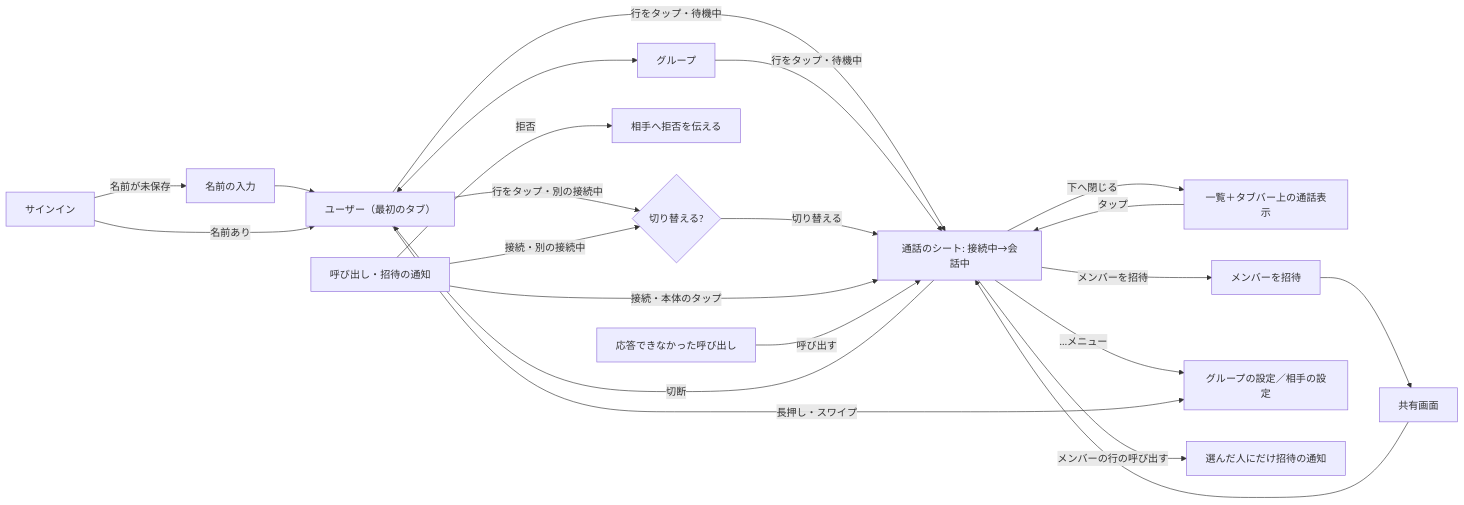
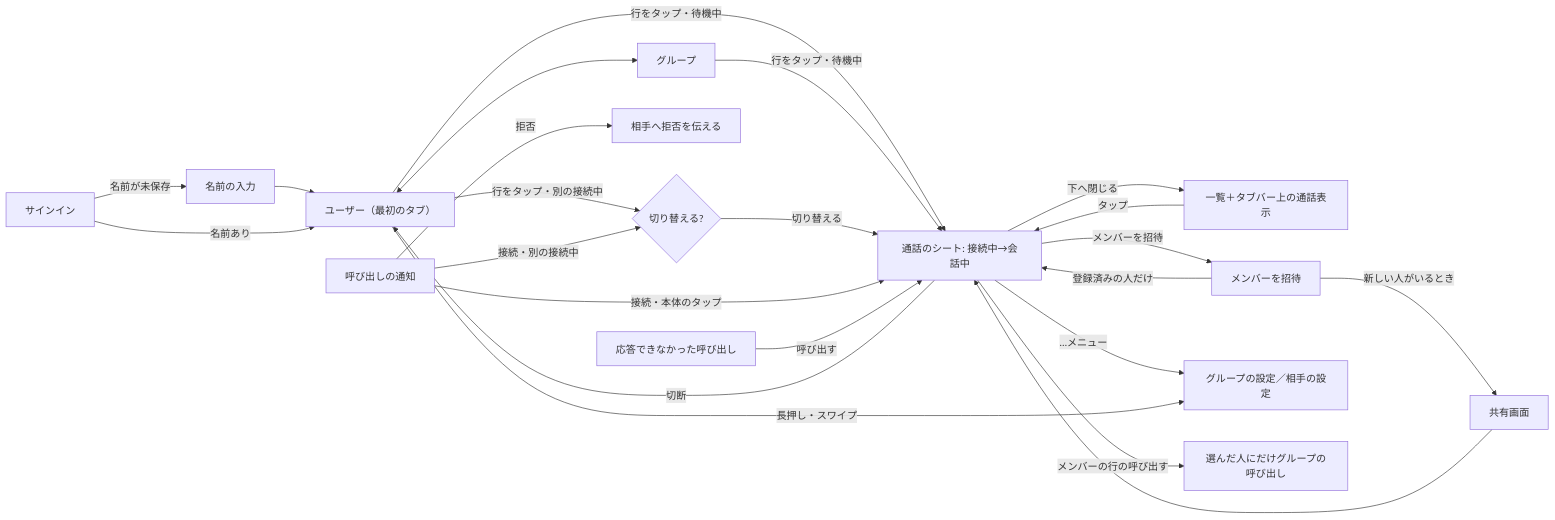
The diagram in docs/design/操作の流れ.md (eroccowaruico/RideIntercom), drawn with Mermaid before and after one commit. The commit also changed other lines of this file and 12 other files, not shown here.

````diff
--- a/docs/design/操作の流れ.md
+++ b/docs/design/操作の流れ.md
@@ -39,21 +39,22 @@
 ```mermaid
 flowchart LR
     SignIn[サインイン] -- 名前が未保存 --> Name[名前の入力] --> Users
     SignIn -- 名前あり --> Users[ユーザー（最初のタブ）]
     Users <--> Groups[グループ]
     Users -- 行をタップ・待機中 --> Sheet[通話のシート: 接続中→会話中]
     Groups -- 行をタップ・待機中 --> Sheet
     Users -- 行をタップ・別の接続中 --> Confirm{切り替える?}
     Confirm -- 切り替える --> Sheet
     Sheet -- 下へ閉じる --> Accessory[一覧＋タブバー上の通話表示]
     Accessory -- タップ --> Sheet
-    Sheet -- メンバーを招待 --> Add[メンバーを招待] --> Share[共有画面] --> Sheet
+    Sheet -- メンバーを招待 --> Add[メンバーを招待] -- 新しい人がいるとき --> Share[共有画面] --> Sheet
+    Add -- 登録済みの人だけ --> Sheet
     Sheet -- …メニュー --> Settings[グループの設定／相手の設定]
     Users -- 長押し・スワイプ --> Settings
-    Notice[呼び出し・招待の通知] -- 接続・本体のタップ --> Sheet
+    Notice[呼び出しの通知] -- 接続・本体のタップ --> Sheet
     Notice -- 接続・別の接続中 --> Confirm
     Notice -- 拒否 --> Declined[相手へ拒否を伝える]
     Missed[応答できなかった呼び出し] -- 呼び出す --> Sheet
-    Sheet -- メンバーの行の呼び出す --> Invite[選んだ人にだけ招待の通知]
+    Sheet -- メンバーの行の呼び出す --> Call[選んだ人にだけグループの呼び出し]
     Sheet -- 切断 --> Users
 ```
````
